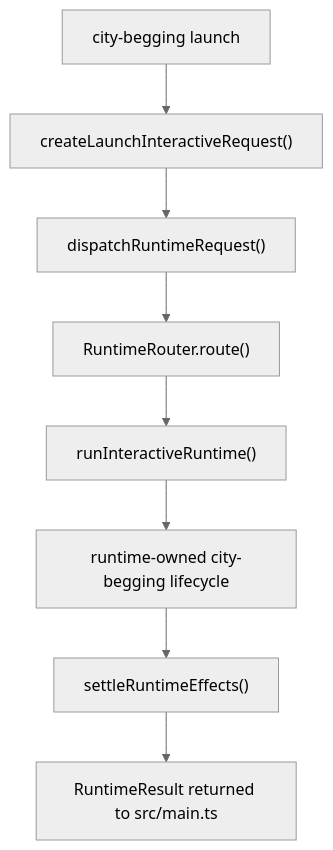
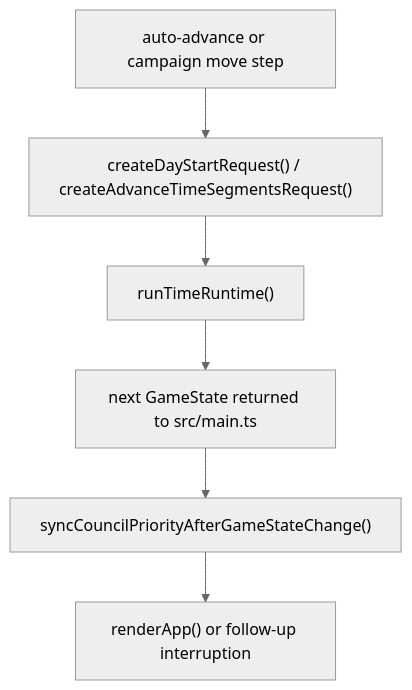
One commit to MA141277/RPG_TG changed the third of 3 diagrams in docs/superpowers/weekly/2026-07-02-weekly-architecture-report.md. Above: the diagram before and after it, drawn with Mermaid (neutral theme). The commit also changed other lines of this file and 21 other files, not shown here.

````diff
--- a/docs/superpowers/weekly/2026-07-02-weekly-architecture-report.md
+++ b/docs/superpowers/weekly/2026-07-02-weekly-architecture-report.md
@@ -89,10 +89,8 @@
 ```mermaid
 flowchart TD
-    A["city-begging launch"] --> B["createLaunchInteractiveRequest()"]
-    B --> C["dispatchRuntimeRequest()"]
-    C --> D["RuntimeRouter.route()"]
-    D --> E["runInteractiveRuntime()"]
-    E --> F["runtime-owned city-begging lifecycle"]
-    F --> G["settleRuntimeEffects()"]
-    G --> H["RuntimeResult returned to src/main.ts"]
+    A["auto-advance or campaign move step"] --> B["createDayStartRequest() / createAdvanceTimeSegmentsRequest()"]
+    B --> C["runTimeRuntime()"]
+    C --> D["next GameState returned to src/main.ts"]
+    D --> E["syncCouncilPriorityAfterGameStateChange()"]
+    E --> F["renderApp() or follow-up interruption"]
 ```
````
